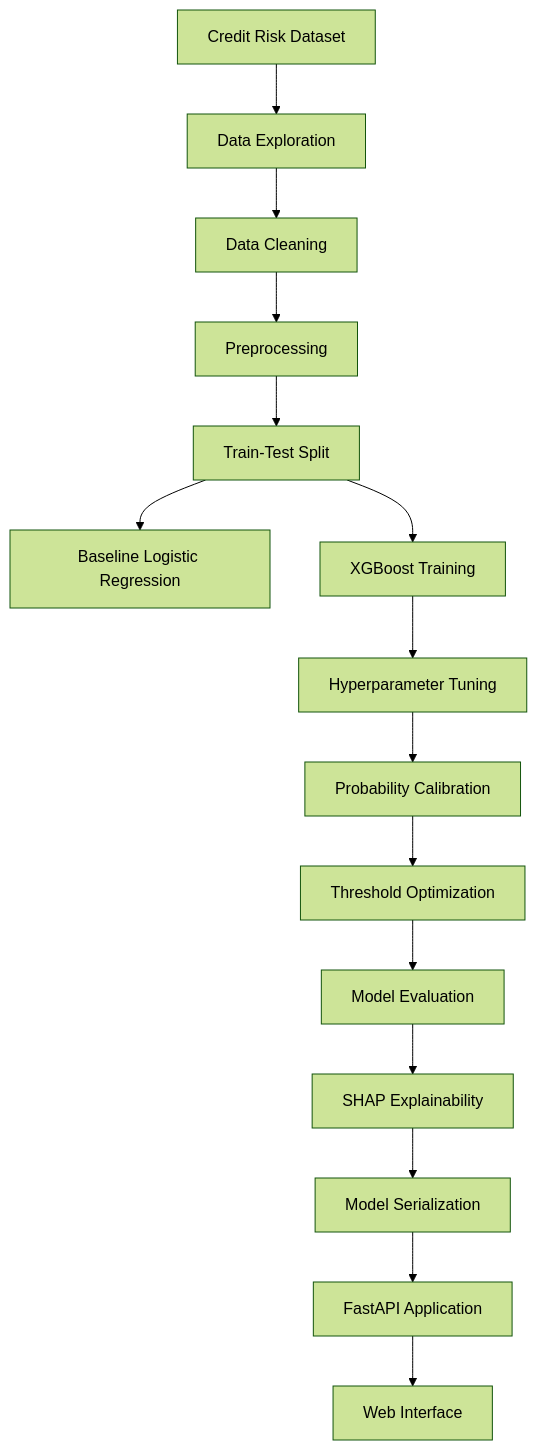
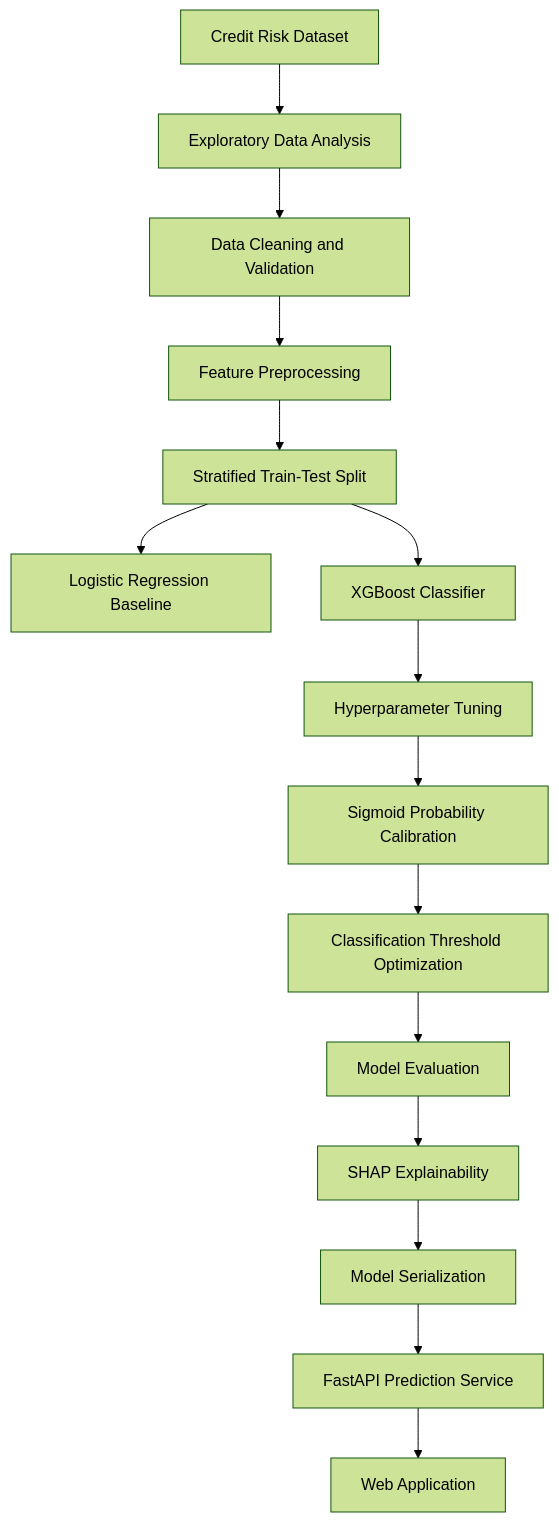
The first of 2 diagrams in README.md (Aradhy2005/Credit-Risk-Assessment), drawn with Mermaid (forest theme) before and after one commit. The commit also changed other lines of this file, not shown here.

````diff
--- a/README.md
+++ b/README.md
@@ -94,17 +202,17 @@
 ```mermaid
 flowchart TD
-    A[Credit Risk Dataset] --> B[Data Exploration]
-    B --> C[Data Cleaning]
-    C --> D[Preprocessing]
-    D --> E[Train-Test Split]
-    E --> F[Baseline Logistic Regression]
-    E --> G[XGBoost Training]
-    G --> H[Hyperparameter Tuning]
-    H --> I[Probability Calibration]
-    I --> J[Threshold Optimization]
-    J --> K[Model Evaluation]
-    K --> L[SHAP Explainability]
-    L --> M[Model Serialization]
-    M --> N[FastAPI Application]
-    N --> O[Web Interface]
+    A["Credit Risk Dataset"] --> B["Exploratory Data Analysis"]
+    B --> C["Data Cleaning and Validation"]
+    C --> D["Feature Preprocessing"]
+    D --> E["Stratified Train-Test Split"]
+    E --> F["Logistic Regression Baseline"]
+    E --> G["XGBoost Classifier"]
+    G --> H["Hyperparameter Tuning"]
+    H --> I["Sigmoid Probability Calibration"]
+    I --> J["Classification Threshold Optimization"]
+    J --> K["Model Evaluation"]
+    K --> L["SHAP Explainability"]
+    L --> M["Model Serialization"]
+    M --> N["FastAPI Prediction Service"]
+    N --> O["Web Application"]
 ```
````
